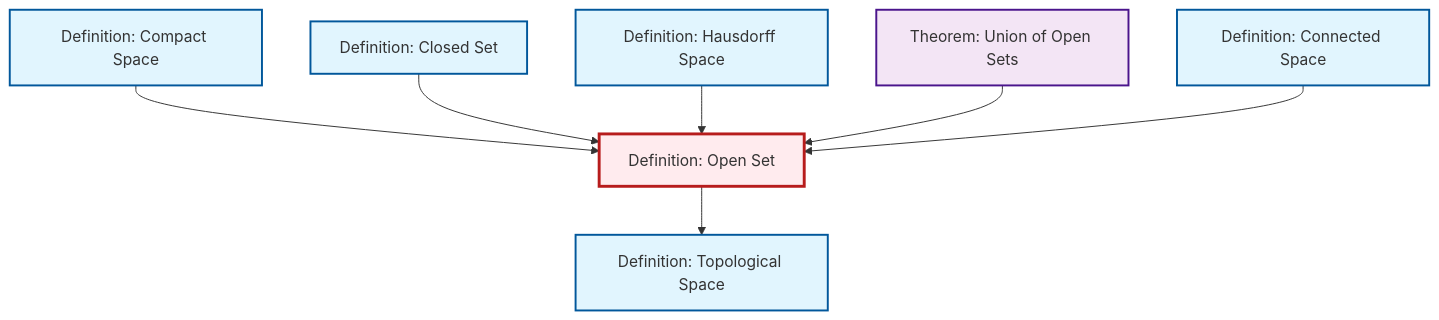
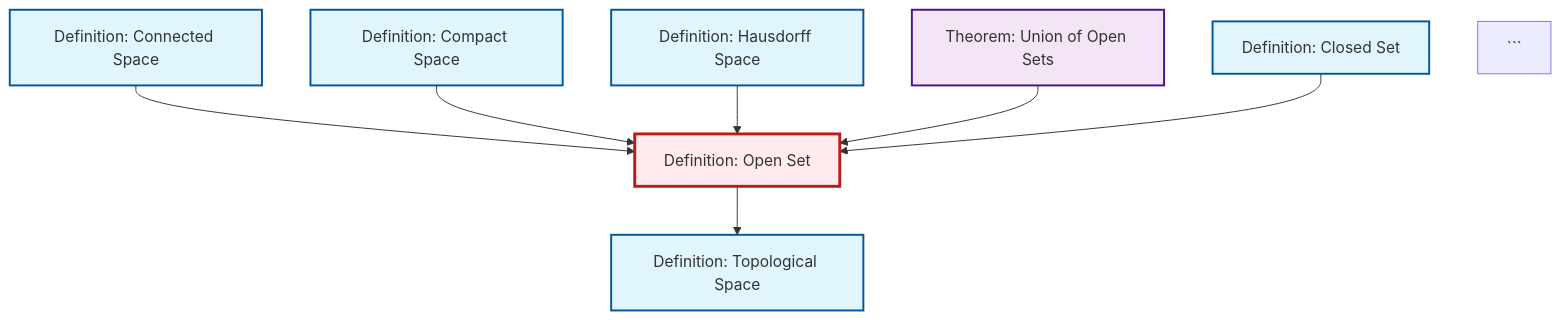
Before and after one commit to RK0429/ModernMath: the diagram in output/mermaid/def-open-set.mermaid, drawn with Mermaid. The commit also changed 1183 other files, not shown here.

````diff
--- a/output/mermaid/def-open-set.mermaid
+++ b/output/mermaid/def-open-set.mermaid
@@ -1,23 +1,22 @@
-```{mermaid}
 %%| fig-cap: "Local dependency graph"
 graph TD
     classDef definition fill:#e1f5fe,stroke:#01579b,stroke-width:2px
     classDef theorem fill:#f3e5f5,stroke:#4a148c,stroke-width:2px
     classDef axiom fill:#fff3e0,stroke:#e65100,stroke-width:2px
     classDef example fill:#e8f5e9,stroke:#1b5e20,stroke-width:2px
     classDef current fill:#ffebee,stroke:#b71c1c,stroke-width:3px
+    def-topological-space["Definition: Topological Space"]:::definition
+    thm-union-open-sets["Theorem: Union of Open Sets"]:::theorem
     def-closed-set["Definition: Closed Set"]:::definition
-    thm-union-open-sets["Theorem: Union of Open Sets"]:::theorem
     def-hausdorff["Definition: Hausdorff Space"]:::definition
-    def-connected["Definition: Connected Space"]:::definition
     def-compact["Definition: Compact Space"]:::definition
     def-open-set["Definition: Open Set"]:::definition
-    def-topological-space["Definition: Topological Space"]:::definition
+    def-connected["Definition: Connected Space"]:::definition
+    def-connected --> def-open-set
+    def-open-set --> def-topological-space
     def-compact --> def-open-set
+    def-hausdorff --> def-open-set
+    thm-union-open-sets --> def-open-set
     def-closed-set --> def-open-set
-    def-hausdorff --> def-open-set
-    def-open-set --> def-topological-space
-    thm-union-open-sets --> def-open-set
-    def-connected --> def-open-set
     class def-open-set current
 ```
````
